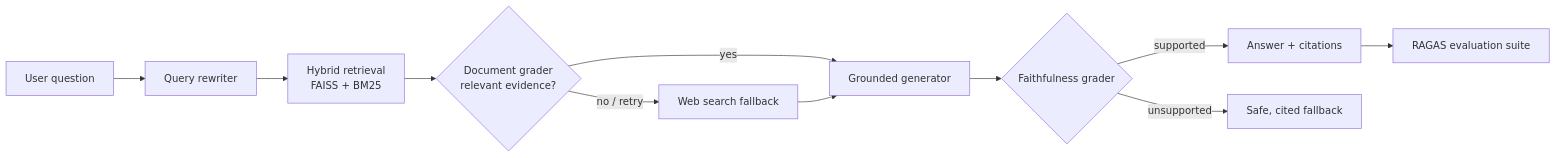
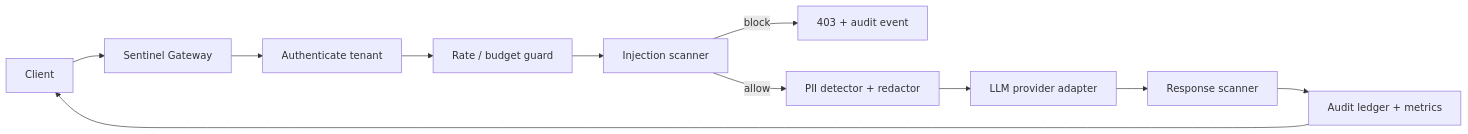
Before and after one commit to Balla5556/Self-Corrective-RAG-Agent: the diagram in README.md, drawn with Mermaid. The commit also changed other lines of this file and 38 other files, not shown here.

Commit message:
feat: build LLM guardrails and observability gateway

````diff
--- a/README.md
+++ b/README.md
@@ -7,13 +7,13 @@
 ```mermaid
 flowchart LR
-    Q[User question] --> R[Query rewriter]
-    R --> V[Hybrid retrieval\nFAISS + BM25]
-    V --> D{Document grader\nrelevant evidence?}
-    D -->|yes| G[Grounded generator]
-    D -->|no / retry| W[Web search fallback]
-    W --> G
-    G --> H{Faithfulness grader}
-    H -->|supported| A[Answer + citations]
-    H -->|unsupported| F[Safe, cited fallback]
-    A --> E[RAGAS evaluation suite]
+    C[Client] --> G[Sentinel Gateway]
+    G --> A[Authenticate tenant]
+    A --> R[Rate / budget guard]
+    R --> I[Injection scanner]
+    I -->|block| X[403 + audit event]
+    I -->|allow| P[PII detector + redactor]
+    P --> U[LLM provider adapter]
+    U --> O[Response scanner]
+    O --> L[Audit ledger + metrics]
+    L --> C
 ```
````
